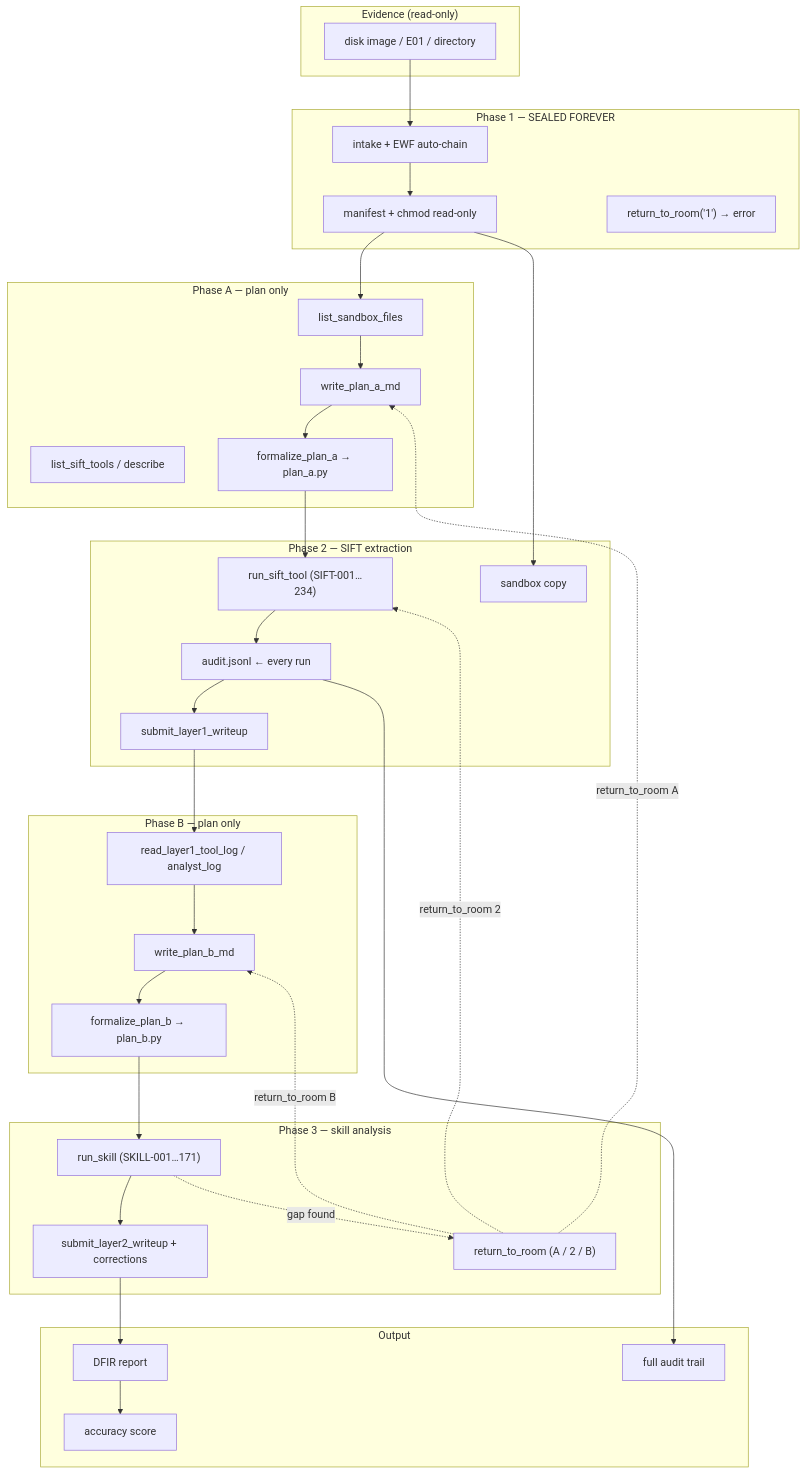
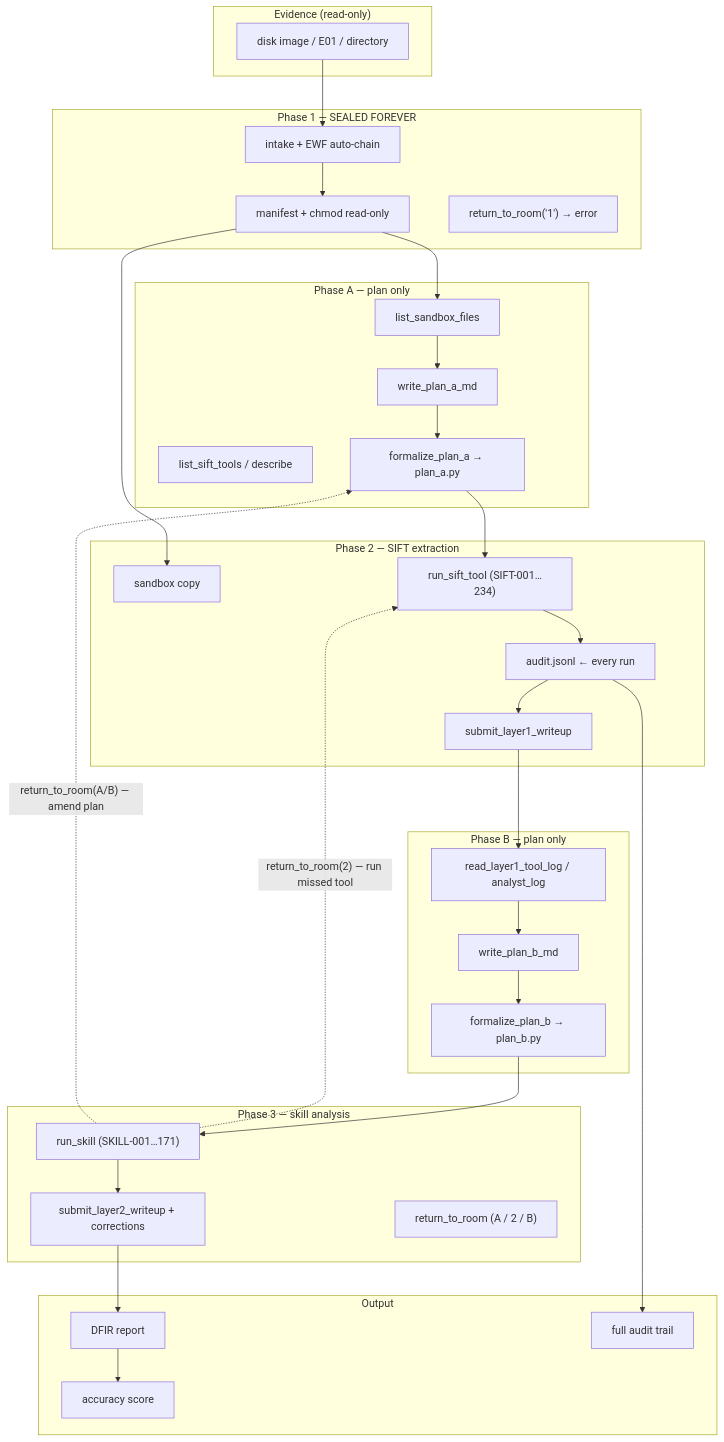
One commit to at-src/cold-box changed the diagram in README.md. Above: the diagram before and after it, drawn with Mermaid.

Commit message:
Diagram: return_to_room arrows reflect actual usage vs theoretical

````diff
--- a/README.md
+++ b/README.md
@@ -112,56 +112,54 @@
 ```mermaid
 flowchart TB
   subgraph evidence["Evidence (read-only)"]
     E01["disk image / E01 / directory"]
   end
 
   subgraph phase1["Phase 1 — SEALED FOREVER"]
     INT["intake + EWF auto-chain"]
     SEAL["manifest + chmod read-only"]
     LOCK["return_to_room('1') → error"]
   end
 
   subgraph phaseA["Phase A — plan only"]
     LSF["list_sandbox_files"]
     LST["list_sift_tools / describe"]
     WPA["write_plan_a_md"]
     FPA["formalize_plan_a → plan_a.py"]
   end
 
   subgraph phase2["Phase 2 — SIFT extraction"]
     SBX["sandbox copy"]
     RST["run_sift_tool (SIFT-001…234)"]
     AUD["audit.jsonl ← every run"]
     SL1["submit_layer1_writeup"]
   end
 
   subgraph phaseB["Phase B — plan only"]
     RL1["read_layer1_tool_log / analyst_log"]
     WPB["write_plan_b_md"]
     FPB["formalize_plan_b → plan_b.py"]
   end
 
   subgraph phase3["Phase 3 — skill analysis"]
     RSK["run_skill (SKILL-001…171)"]
     SL2["submit_layer2_writeup + corrections"]
     RTR["return_to_room (A / 2 / B)"]
   end
 
   subgraph out["Output"]
     REP["DFIR report"]
     ACC["accuracy score"]
     TRAIL["full audit trail"]
   end
 
   E01 --> INT --> SEAL --> LSF
   SEAL --> SBX
   LSF --> WPA --> FPA --> RST
   RST --> AUD --> SL1 --> RL1
   RL1 --> WPB --> FPB --> RSK
   RSK --> SL2 --> REP --> ACC
-  RSK -.->|gap found| RTR
-  RTR -.->|return_to_room A| WPA
-  RTR -.->|return_to_room 2| RST
-  RTR -.->|return_to_room B| WPB
+  RSK -.->|"return_to_room(2) — run missed tool"| RST
+  RSK -.->|"return_to_room(A/B) — amend plan"| FPA
   AUD --> TRAIL
 ```
````
